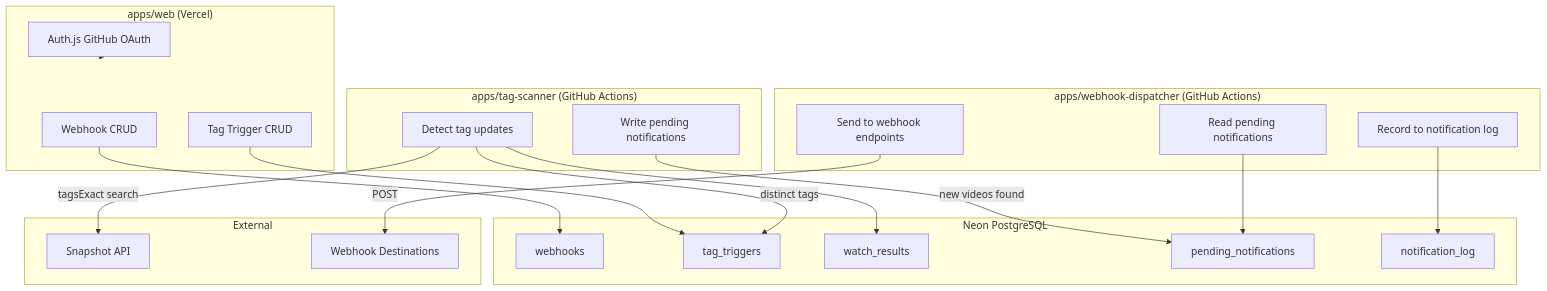
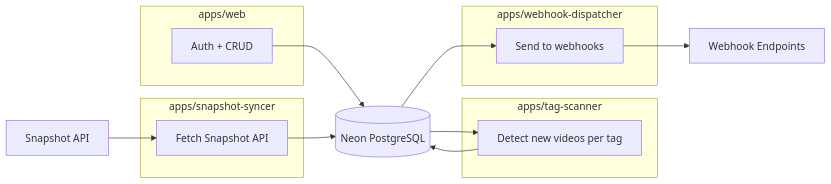
One commit to masseater/nicolens changed the diagram in docs/superpowers/specs/2026-04-11-watch-webhook-design.md. Above: the diagram before and after it, drawn with Mermaid. The commit also changed other lines of this file, not shown here.

First line of the commit message:
docs: split into 4-service pipeline architecture

````diff
--- a/docs/superpowers/specs/2026-04-11-watch-webhook-design.md
+++ b/docs/superpowers/specs/2026-04-11-watch-webhook-design.md
@@ -127,45 +184,27 @@
 ```mermaid
-flowchart TB
-    subgraph Web["apps/web (Vercel)"]
-        Auth[Auth.js GitHub OAuth]
-        WebhookCRUD[Webhook CRUD]
-        TriggerCRUD[Tag Trigger CRUD]
+flowchart LR
+    subgraph Web["apps/web"]
+        Auth[Auth + CRUD]
     end
 
-    subgraph Clone["apps/tag-scanner (GitHub Actions)"]
-        DetectTags[Detect tag updates]
-        WritePending[Write pending notifications]
+    subgraph Syncer["apps/snapshot-syncer"]
+        FetchAPI[Fetch Snapshot API]
     end
 
-    subgraph Notify["apps/webhook-dispatcher (GitHub Actions)"]
-        ReadPending[Read pending notifications]
-        SendWebhook[Send to webhook endpoints]
-        RecordLog[Record to notification log]
+    subgraph Scanner["apps/tag-scanner"]
+        DetectNew[Detect new videos per tag]
     end
 
-    subgraph Storage[Neon PostgreSQL]
-        Webhooks[webhooks]
-        TagTriggers[tag_triggers]
-        WatchResults[watch_results]
-        Pending[pending_notifications]
-        Log[notification_log]
+    subgraph Dispatcher["apps/webhook-dispatcher"]
+        SendHook[Send to webhooks]
     end
 
-    subgraph External[External]
-        SnapshotAPI[Snapshot API]
-        Destinations[Webhook Destinations]
-    end
+    API[Snapshot API]
+    DB[(Neon PostgreSQL)]
+    Dest[Webhook Endpoints]
 
-    Auth --> Web
-    WebhookCRUD --> Webhooks
-    TriggerCRUD --> TagTriggers
-
-    DetectTags -->|distinct tags| TagTriggers
-    DetectTags -->|tagsExact search| SnapshotAPI
-    DetectTags --> WatchResults
-    WritePending -->|new videos found| Pending
-
-    ReadPending --> Pending
-    SendWebhook -->|POST| Destinations
-    RecordLog --> Log
+    Auth --> DB
+    API --> FetchAPI --> DB
+    DB --> DetectNew --> DB
+    DB --> SendHook --> Dest
 ```
````
